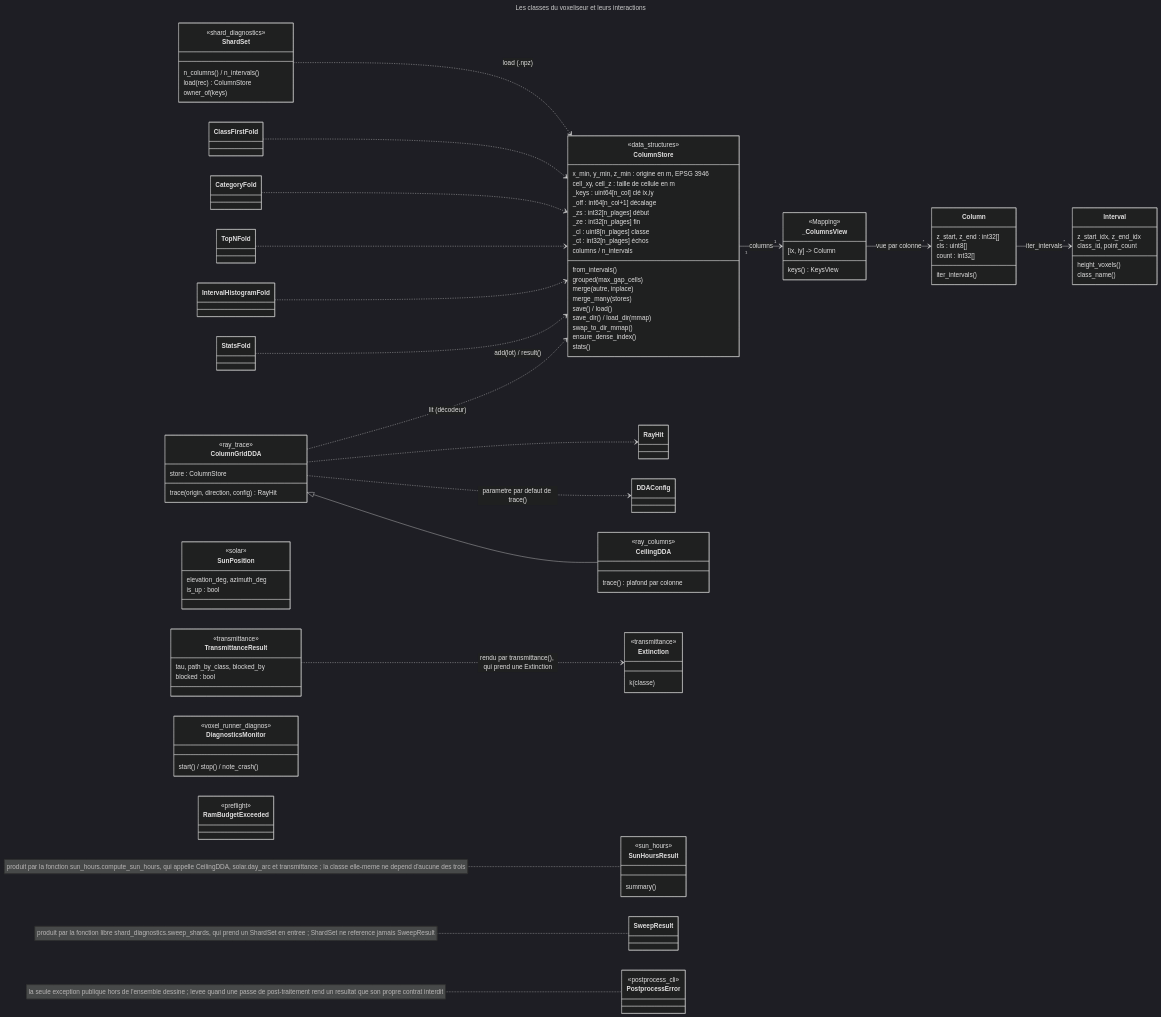
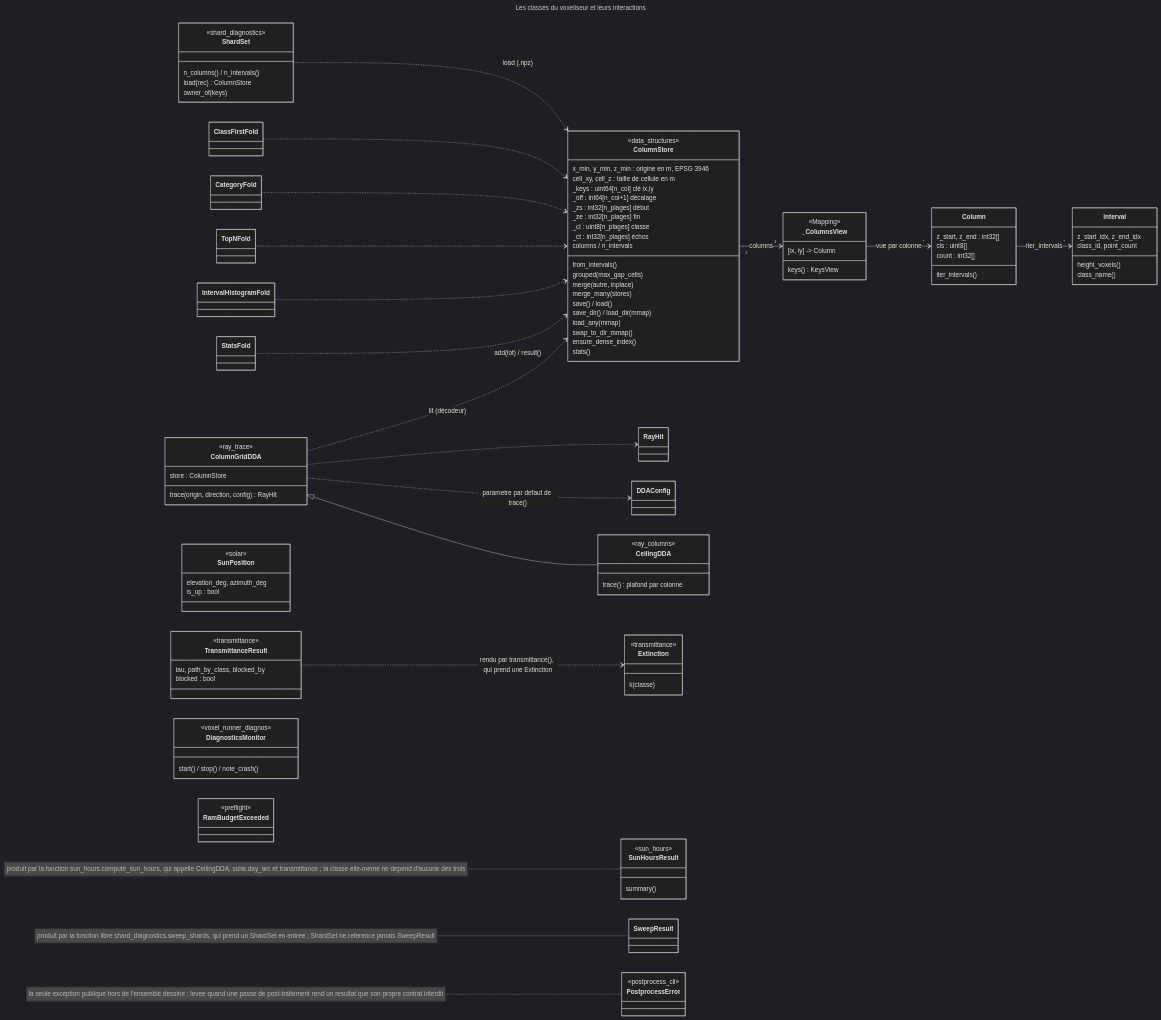
One commit to VCityTeam/UD-IArbre-Research changed the diagram in voxelisation/voxelising-python/docs/reference/10_classes_fr.mmd. Above: the diagram before and after it, drawn with Mermaid (dark theme). The commit also changed 32 other files, not shown here.

```diff
--- a/voxelisation/voxelising-python/docs/reference/10_classes_fr.mmd
+++ b/voxelisation/voxelising-python/docs/reference/10_classes_fr.mmd
@@ -1,116 +1,117 @@
 ---
 title: Les classes du voxeliseur et leurs interactions
 ---
 classDiagram
     direction LR
 
     class ColumnStore {
         <<data_structures>>
         x_min, y_min, z_min : origine en m, EPSG 3946
         cell_xy, cell_z : taille de cellule en m
         _keys : uint64[n_col] clé ix,iy
         _off : int64[n_col+1] décalage
         _zs : int32[n_plages] début
         _ze : int32[n_plages] fin
         _cl : uint8[n_plages] classe
         _ct : int32[n_plages] échos
         columns / n_intervals
         from_intervals()
         grouped(max_gap_cells)
         merge(autre, inplace)
         merge_many(stores)
         save() / load()
         save_dir() / load_dir(mmap)
+        load_any(mmap)
         swap_to_dir_mmap()
         ensure_dense_index()
         stats()
     }
     class _ColumnsView {
         <<Mapping>>
         [ix, iy] -> Column
         keys() KeysView
     }
     class Column {
         z_start, z_end : int32[]
         cls : uint8[]
         count : int32[]
         iter_intervals()
     }
     class Interval {
         z_start_idx, z_end_idx
         class_id, point_count
         height_voxels()
         class_name()
     }
     ColumnStore "1" --> "1" _ColumnsView : columns
     _ColumnsView --> "*" Column : vue par colonne
     Column --> "*" Interval : iter_intervals
 
     class StatsFold
     class IntervalHistogramFold
     class TopNFold
     class CategoryFold
     class ClassFirstFold
     StatsFold ..> ColumnStore : add(lot) / result()
     IntervalHistogramFold ..> ColumnStore
     TopNFold ..> ColumnStore
     CategoryFold ..> ColumnStore
     ClassFirstFold ..> ColumnStore
 
     class ColumnGridDDA {
         <<ray_trace>>
         store : ColumnStore
         trace(origin, direction, config) RayHit
     }
     class CeilingDDA {
         <<ray_columns>>
         trace() plafond par colonne
     }
     class DDAConfig
     class RayHit
     ColumnGridDDA <|-- CeilingDDA
     ColumnGridDDA ..> DDAConfig : parametre par defaut de trace()
     ColumnGridDDA ..> RayHit
     ColumnGridDDA ..> ColumnStore : lit (décodeur)
 
     class Extinction {
         <<transmittance>>
         k(classe)
     }
     class TransmittanceResult {
         <<transmittance>>
         tau, path_by_class, blocked_by
         blocked : bool
     }
     class SunPosition {
         <<solar>>
         elevation_deg, azimuth_deg
         is_up : bool
     }
     class SunHoursResult {
         <<sun_hours>>
         summary()
     }
     TransmittanceResult ..> Extinction : rendu par transmittance(), qui prend une Extinction
     note for SunHoursResult "produit par la fonction sun_hours.compute_sun_hours, qui appelle CeilingDDA, solar.day_arc et transmittance ; la classe elle-meme ne depend d'aucune des trois"
 
     class ShardSet {
         <<shard_diagnostics>>
         n_columns() / n_intervals()
         load(rec) ColumnStore
         owner_of(keys)
     }
     class SweepResult
     class DiagnosticsMonitor {
         <<voxel_runner_diagnos>>
         start() / stop() / note_crash()
     }
     class RamBudgetExceeded {
         <<preflight>>
     }
     class PostprocessError {
         <<postprocess_cli>>
     }
     ShardSet ..> ColumnStore : load (.npz)
     note for SweepResult "produit par la fonction libre shard_diagnostics.sweep_shards, qui prend un ShardSet en entree ; ShardSet ne reference jamais SweepResult"
     note for PostprocessError "la seule exception publique hors de l'ensemble dessine ; levee quand une passe de post-traitement rend un resultat que son propre contrat interdit"
```
